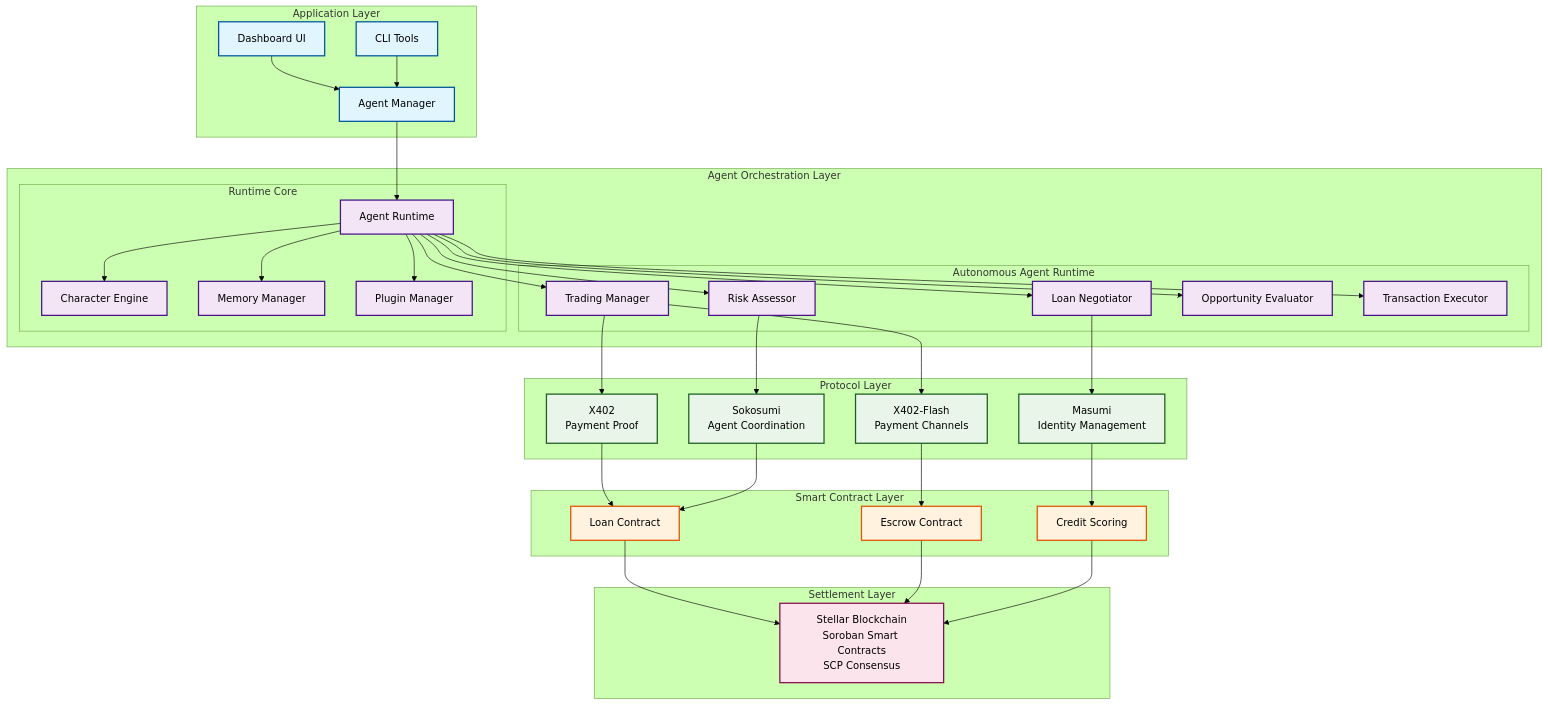
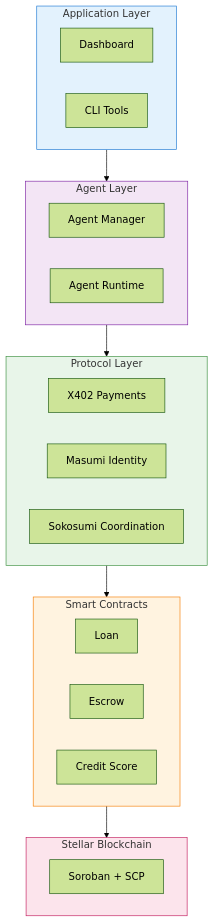
Before and after one commit to Dijo-404/Project_Cygnus: the first of 4 diagrams in README.md, drawn with Mermaid (forest theme). The commit also changed other lines of this file, not shown here.

````diff
--- a/README.md
+++ b/README.md
@@ -53,89 +32,39 @@
 ```mermaid
-graph TD
-    %% Application Layer
-    subgraph "Application Layer"
-        UI[Dashboard UI]
-        AM[Agent Manager]
+flowchart TB
+    subgraph APP["Application Layer"]
+        UI[Dashboard]
         CLI[CLI Tools]
     end
-    
-    %% Agent Orchestration Layer
-    subgraph "Agent Orchestration Layer"
-        subgraph "Autonomous Agent Runtime"
-            TM[Trading Manager]
-            LN[Loan Negotiator]
-            RA[Risk Assessor]
-            OE[Opportunity Evaluator]
-            TE[Transaction Executor]
-        end
-        
-        subgraph "Runtime Core"
-            AR[Agent Runtime]
-            CE[Character Engine]
-            MM[Memory Manager]
-            PM[Plugin Manager]
-        end
+
+    subgraph AGENTS["Agent Layer"]
+        AM[Agent Manager]
+        AR[Agent Runtime]
     end
-    
-    %% Protocol Layer
-    subgraph "Protocol Layer"
-        X402[X402<br/>Payment Proof]
-        X402F[X402-Flash<br/>Payment Channels]
-        MASUMI[Masumi<br/>Identity Management]
-        SOKOSUMI[Sokosumi<br/>Agent Coordination]
+
+    subgraph PROTOCOLS["Protocol Layer"]
+        X402[X402 Payments]
+        MASUMI[Masumi Identity]
+        SOKOSUMI[Sokosumi Coordination]
     end
-    
-    %% Smart Contract Layer
-    subgraph "Smart Contract Layer"
-        LC[Loan Contract]
-        EC[Escrow Contract]
-        CS[Credit Scoring]
+
+    subgraph CONTRACTS["Smart Contracts"]
+        LOAN[Loan]
+        ESCROW[Escrow]
+        CREDIT[Credit Score]
     end
-    
-    %% Settlement Layer
-    subgraph "Settlement Layer"
-        STELLAR[Stellar Blockchain<br/>Soroban Smart Contracts<br/>SCP Consensus]
+
+    subgraph STELLAR["Stellar Blockchain"]
+        SCP[Soroban + SCP]
     end
-    
-    %% Connections
-    UI --> AM
-    AM --> AR
-    CLI --> AM
-    
-    AR --> TM
-    AR --> LN
-    AR --> RA
-    AR --> OE
-    AR --> TE
-    
-    AR --> CE
-    AR --> MM
-    AR --> PM
-    
-    TM --> X402
-    TM --> X402F
-    LN --> MASUMI
-    RA --> SOKOSUMI
-    
-    X402 --> LC
-    X402F --> EC
-    MASUMI --> CS
-    SOKOSUMI --> LC
-    
-    LC --> STELLAR
-    EC --> STELLAR
-    CS --> STELLAR
-    
-    %% Styling
-    classDef appLayer fill:#e1f5fe,stroke:#01579b,stroke-width:2px
-    classDef agentLayer fill:#f3e5f5,stroke:#4a148c,stroke-width:2px
-    classDef protocolLayer fill:#e8f5e8,stroke:#1b5e20,stroke-width:2px
-    classDef contractLayer fill:#fff3e0,stroke:#e65100,stroke-width:2px
-    classDef settlementLayer fill:#fce4ec,stroke:#880e4f,stroke-width:2px
-    
-    class UI,AM,CLI appLayer
-    class TM,LN,RA,OE,TE,AR,CE,MM,PM agentLayer
-    class X402,X402F,MASUMI,SOKOSUMI protocolLayer
-    class LC,EC,CS contractLayer
-    class STELLAR settlementLayer
+
+    APP --> AGENTS
+    AGENTS --> PROTOCOLS
+    PROTOCOLS --> CONTRACTS
+    CONTRACTS --> STELLAR
+
+    style APP fill:#e3f2fd,stroke:#1976d2
+    style AGENTS fill:#f3e5f5,stroke:#7b1fa2
+    style PROTOCOLS fill:#e8f5e9,stroke:#388e3c
+    style CONTRACTS fill:#fff3e0,stroke:#f57c00
+    style STELLAR fill:#fce4ec,stroke:#c2185b
 ```
````
